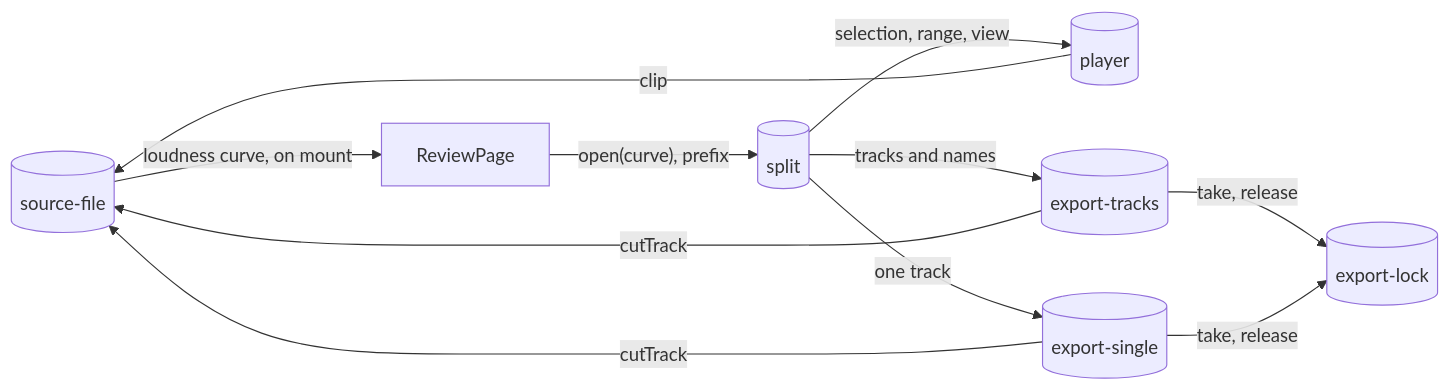
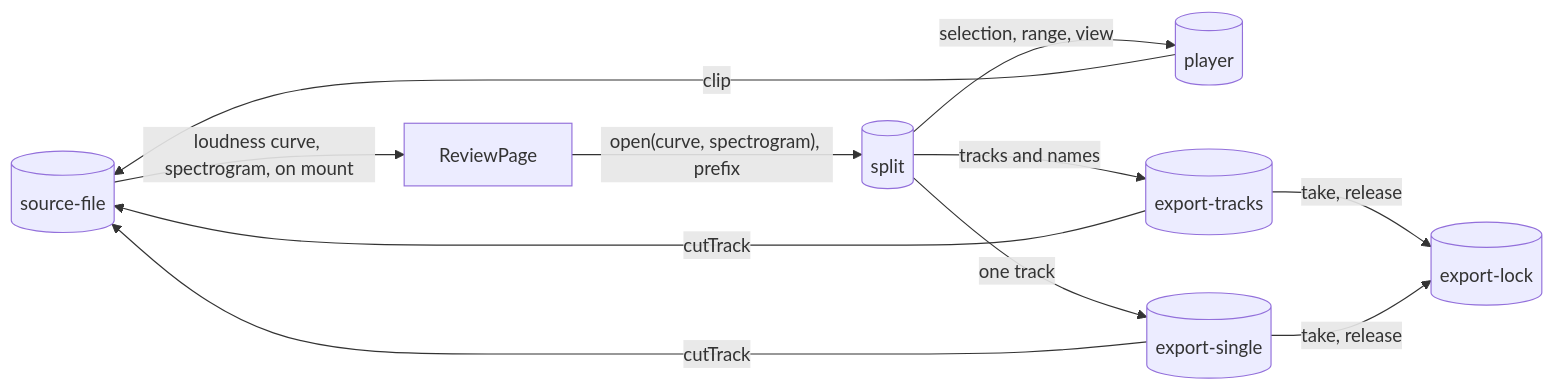
The second of 11 diagrams in docs/architecture.md (suleymanyaryev/audio-splitter), drawn with Mermaid before and after one commit. The commit also changed other lines of this file and 14 other files, not shown here.

Commit message:
feat(contrast): show a contrast curve under the loudness curve

````diff
--- a/docs/architecture.md
+++ b/docs/architecture.md
@@ -54,21 +54,21 @@
 ```mermaid
 flowchart LR
   sourceFile[("source-file")]
   split[("split")]
   player[("player")]
   exporter[("export-tracks")]
   exporterSingle[("export-single")]
   exportLock[("export-lock")]
   reviewPage["ReviewPage"]
 
-  sourceFile -- "loudness curve, on mount" --> reviewPage
-  reviewPage -- "open(curve), prefix" --> split
+  sourceFile -- "loudness curve, spectrogram, on mount" --> reviewPage
+  reviewPage -- "open(curve, spectrogram), prefix" --> split
   split -- "selection, range, view" --> player
   player -- "clip" --> sourceFile
   split -- "tracks and names" --> exporter
   split -- "one track" --> exporterSingle
   exporter -- "cutTrack" --> sourceFile
   exporterSingle -- "cutTrack" --> sourceFile
   exporter -- "take, release" --> exportLock
   exporterSingle -- "take, release" --> exportLock
 ```
````
